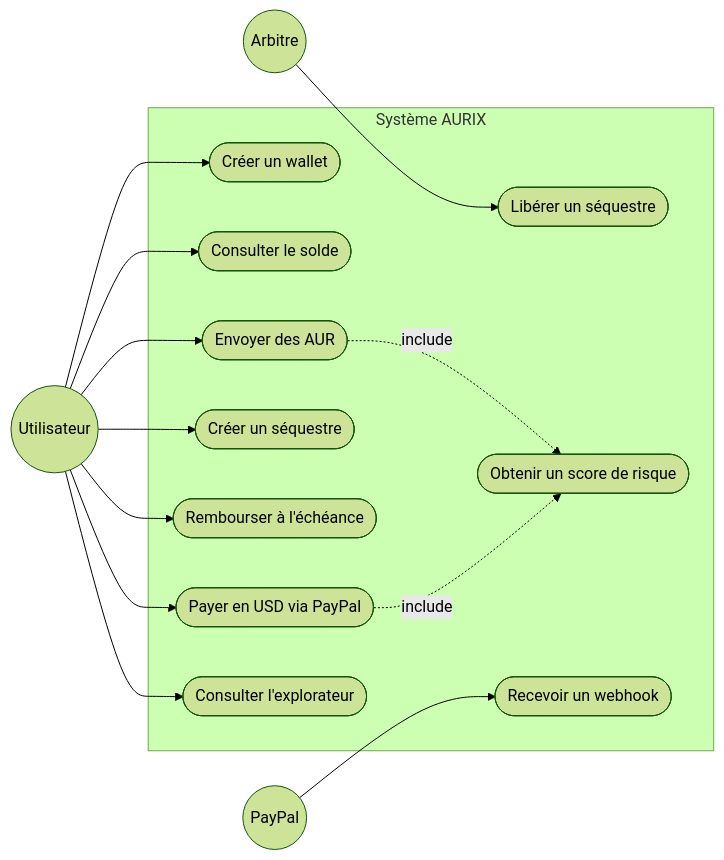
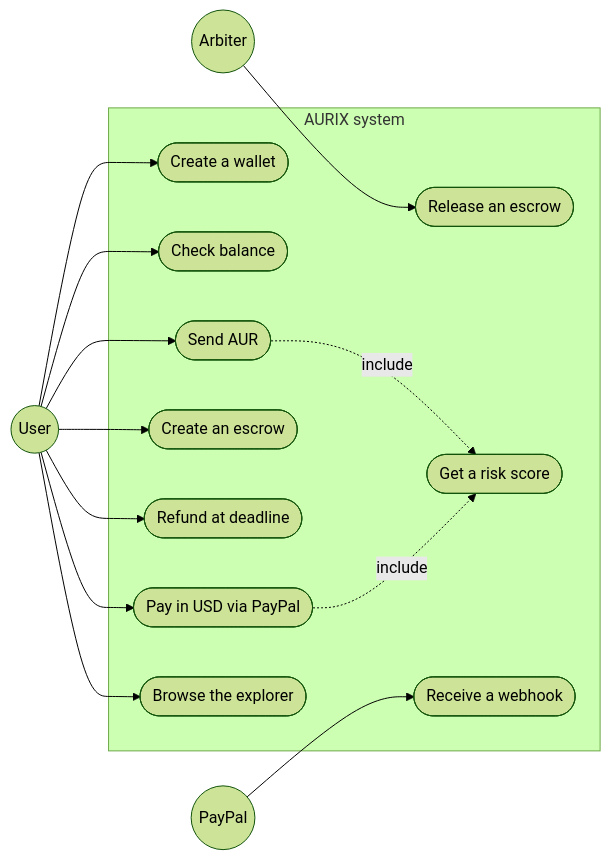
One commit to joeylukoji/Aurix changed the third of 10 diagrams in docs/architecture/diagrams.md. Above: the diagram before and after it, drawn with Mermaid (forest theme). The commit also changed other lines of this file and 6 other files, not shown here.

````diff
--- a/docs/architecture/diagrams.md
+++ b/docs/architecture/diagrams.md
@@ -44,23 +44,23 @@
 ```mermaid
 flowchart LR
-    U((Utilisateur))
-    A((Arbitre))
+    U((User))
+    A((Arbiter))
     P((PayPal))
-    subgraph Système AURIX
-        UC1([Créer un wallet])
-        UC2([Consulter le solde])
-        UC3([Envoyer des AUR])
-        UC4([Créer un séquestre])
-        UC5([Libérer un séquestre])
-        UC6([Rembourser à l'échéance])
-        UC7([Payer en USD via PayPal])
-        UC8([Obtenir un score de risque])
-        UC9([Consulter l'explorateur])
-        UC10([Recevoir un webhook])
+    subgraph AURIX system
+        UC1([Create a wallet])
+        UC2([Check balance])
+        UC3([Send AUR])
+        UC4([Create an escrow])
+        UC5([Release an escrow])
+        UC6([Refund at deadline])
+        UC7([Pay in USD via PayPal])
+        UC8([Get a risk score])
+        UC9([Browse the explorer])
+        UC10([Receive a webhook])
     end
     U --> UC1 & UC2 & UC3 & UC4 & UC6 & UC7 & UC9
     A --> UC5
     P --> UC10
     UC3 -. include .-> UC8
     UC7 -. include .-> UC8
 ```
````
